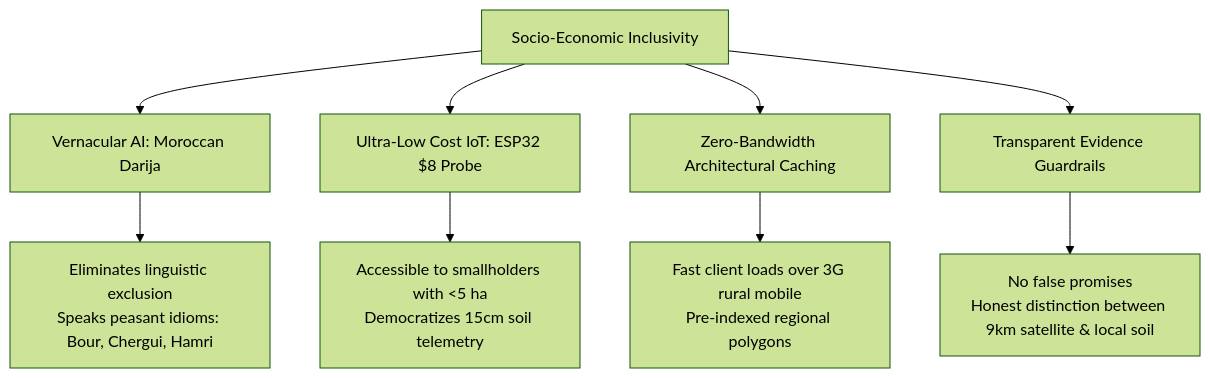
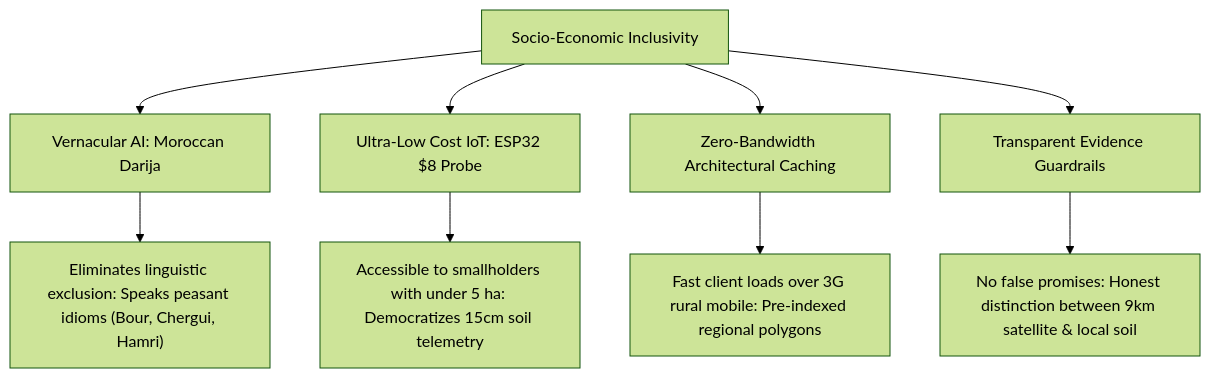
One commit to zoubaax/Nasa-space-apps changed the second of 3 diagrams in docs/IMPACT.md. Above: the diagram before and after it, drawn with Mermaid (forest theme). The commit also changed other lines of this file and 6 other files, not shown here.

Commit message:
refactor: quote mermaid node labels and fix subgraph identifiers in documentation

````diff
--- a/docs/IMPACT.md
+++ b/docs/IMPACT.md
@@ -107,12 +107,12 @@
 ```mermaid
-graph TD
-    A[Socio-Economic Inclusivity] --> B[Vernacular AI: Moroccan Darija]
-    A --> C[Ultra-Low Cost IoT: ESP32 $8 Probe]
-    A --> D[Zero-Bandwidth Architectural Caching]
-    A --> E[Transparent Evidence Guardrails]
+flowchart TD
+    A["Socio-Economic Inclusivity"] --> B["Vernacular AI: Moroccan Darija"]
+    A --> C["Ultra-Low Cost IoT: ESP32 $8 Probe"]
+    A --> D["Zero-Bandwidth Architectural Caching"]
+    A --> E["Transparent Evidence Guardrails"]
 
-    B --> B1[Eliminates linguistic exclusion\nSpeaks peasant idioms: Bour, Chergui, Hamri]
-    C --> C1[Accessible to smallholders with <5 ha\nDemocratizes 15cm soil telemetry]
-    D --> D1[Fast client loads over 3G rural mobile\nPre-indexed regional polygons]
-    E --> E1[No false promises\nHonest distinction between 9km satellite & local soil]
+    B --> B1["Eliminates linguistic exclusion: Speaks peasant idioms (Bour, Chergui, Hamri)"]
+    C --> C1["Accessible to smallholders with under 5 ha: Democratizes 15cm soil telemetry"]
+    D --> D1["Fast client loads over 3G rural mobile: Pre-indexed regional polygons"]
+    E --> E1["No false promises: Honest distinction between 9km satellite & local soil"]
 ```
````
